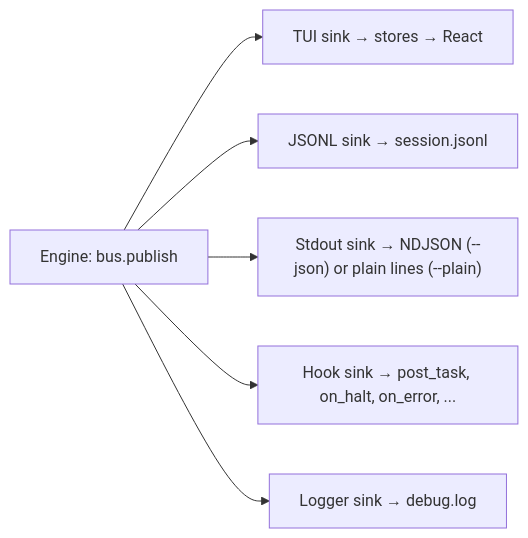
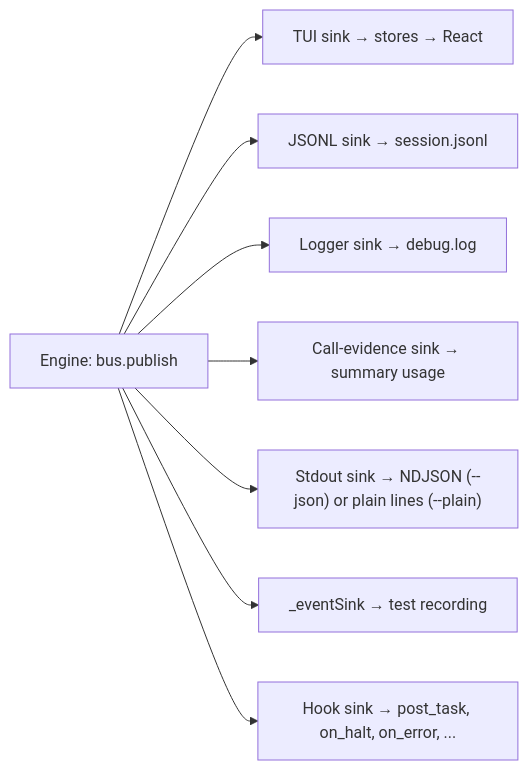
One commit to b4r7x/splitbrief changed the second of 2 diagrams in docs/ENGINE.md. Above: the diagram before and after it, drawn with Mermaid. The commit also changed other lines of this file and 35 other files, not shown here.

````diff
--- a/docs/ENGINE.md
+++ b/docs/ENGINE.md
@@ -154,8 +167,10 @@
 ```mermaid
 flowchart LR
   E[Engine: bus.publish] --> T[TUI sink → stores → React]
   E --> J[JSONL sink → session.jsonl]
+  E --> L[Logger sink → debug.log]
+  E --> C[Call-evidence sink → summary usage]
   E --> S["Stdout sink → NDJSON (--json) or plain lines (--plain)"]
+  E --> O[_eventSink → test recording]
   E --> H[Hook sink → post_task, on_halt, on_error, ...]
-  E --> L[Logger sink → debug.log]
 ```
````
